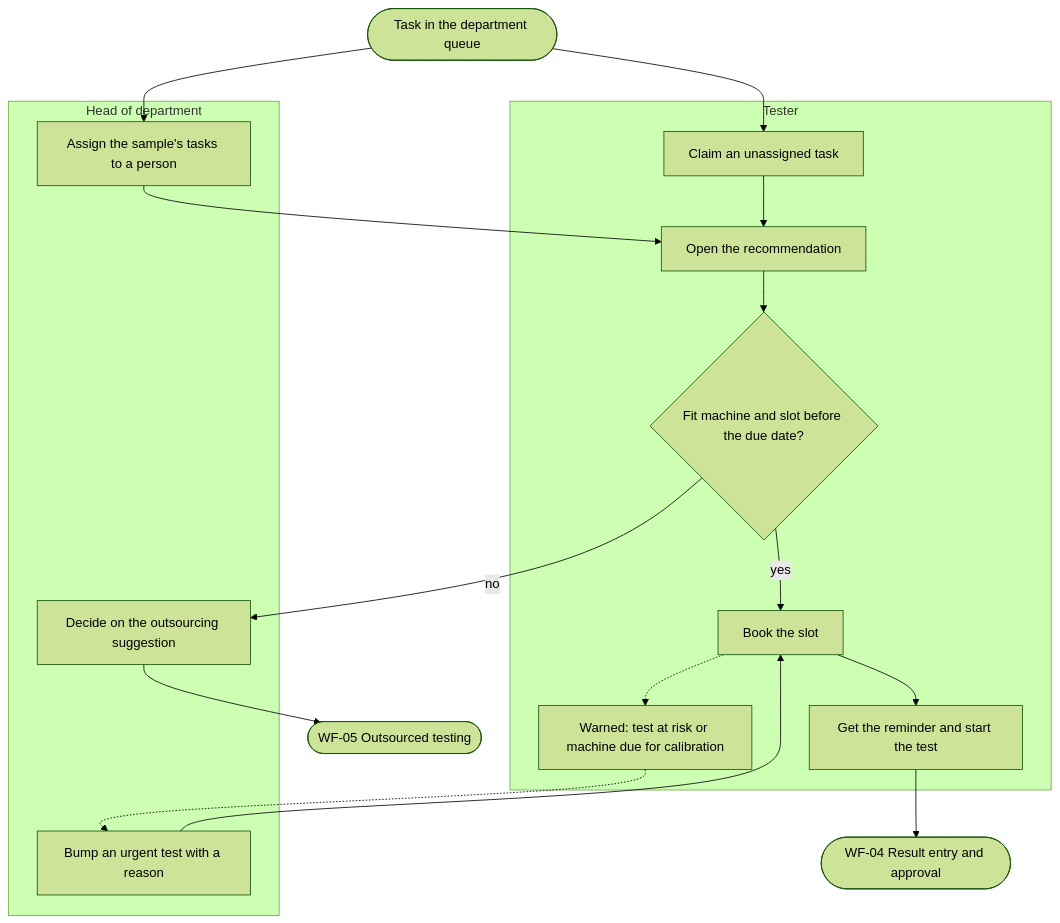
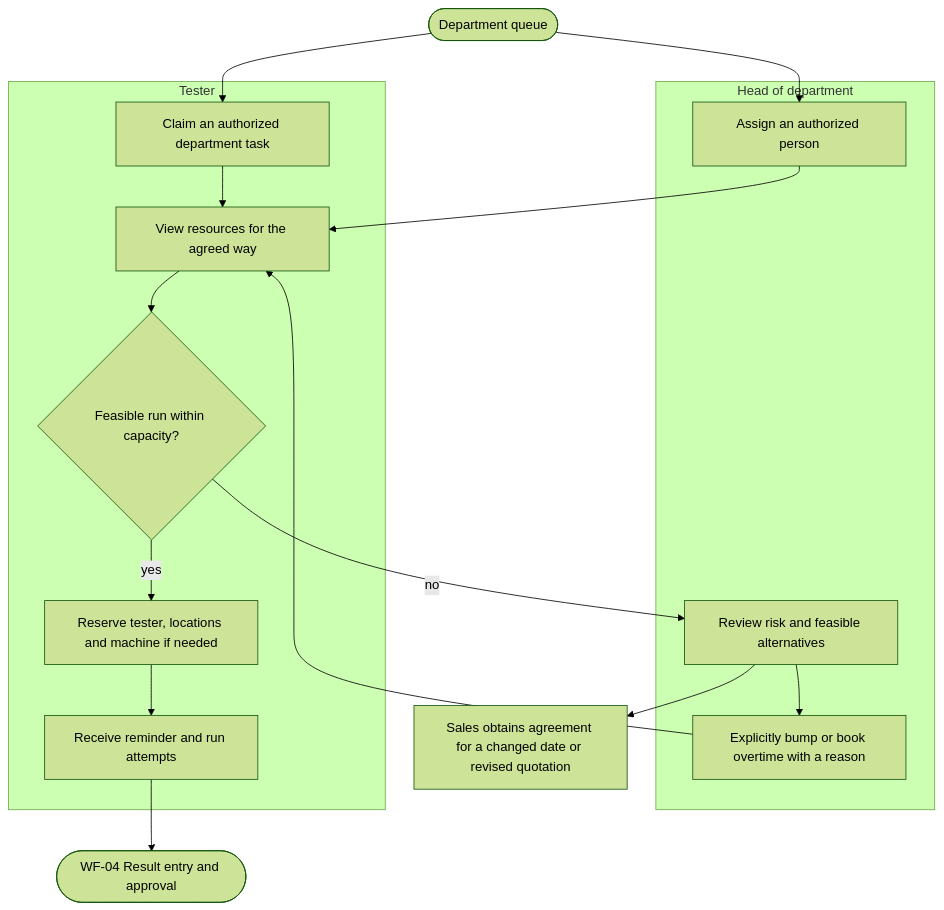
One commit to SoltuneMontepre/medilab changed the third of 16 diagrams in docs/functional/business-flows.md. Above: the diagram before and after it, drawn with Mermaid (forest theme). The commit also changed other lines of this file and 30 other files, not shown here.

````diff
--- a/docs/functional/business-flows.md
+++ b/docs/functional/business-flows.md
@@ -149,21 +158,20 @@
 ```mermaid
 flowchart TD
     subgraph lane8 ["Head of department"]
-        h1[Assign the sample's tasks to a person] 
-        h2[Bump an urgent test with a reason]
-        h3[Decide on the outsourcing suggestion]
+        h1[Assign an authorized person]
+        h2[Review risk and feasible alternatives]
+        h3[Explicitly bump or book overtime with a reason]
     end
     subgraph lane9 ["Tester"]
-        t1[Claim an unassigned task]
-        t2[Open the recommendation] --> t3{Fit machine and slot before the due date?}
-        t3 -->|yes| t4[Book the slot]
-        t4 --> t5[Get the reminder and start the test]
-        t6["Warned: test at risk or machine due for calibration"]
+        t1[Claim an authorized department task]
+        t2[View resources for the agreed way] --> t3{Feasible run within capacity?}
+        t3 -->|yes| t4[Reserve tester, locations and machine if needed]
+        t4 --> t5[Receive reminder and run attempts]
     end
-    queue([Task in the department queue]) --> h1 --> t2
+    queue([Department queue]) --> h1 --> t2
     queue --> t1 --> t2
-    t3 -->|no| h3 --> wf05([WF-05 Outsourced testing])
-    t4 -.-> t6
-    t6 -.-> h2 --> t4
+    t3 -->|no| h2
+    h2 --> h3 --> t2
+    h2 --> sales[Sales obtains agreement for a changed date or revised quotation]
     t5 --> wf04([WF-04 Result entry and approval])
 ```
````
